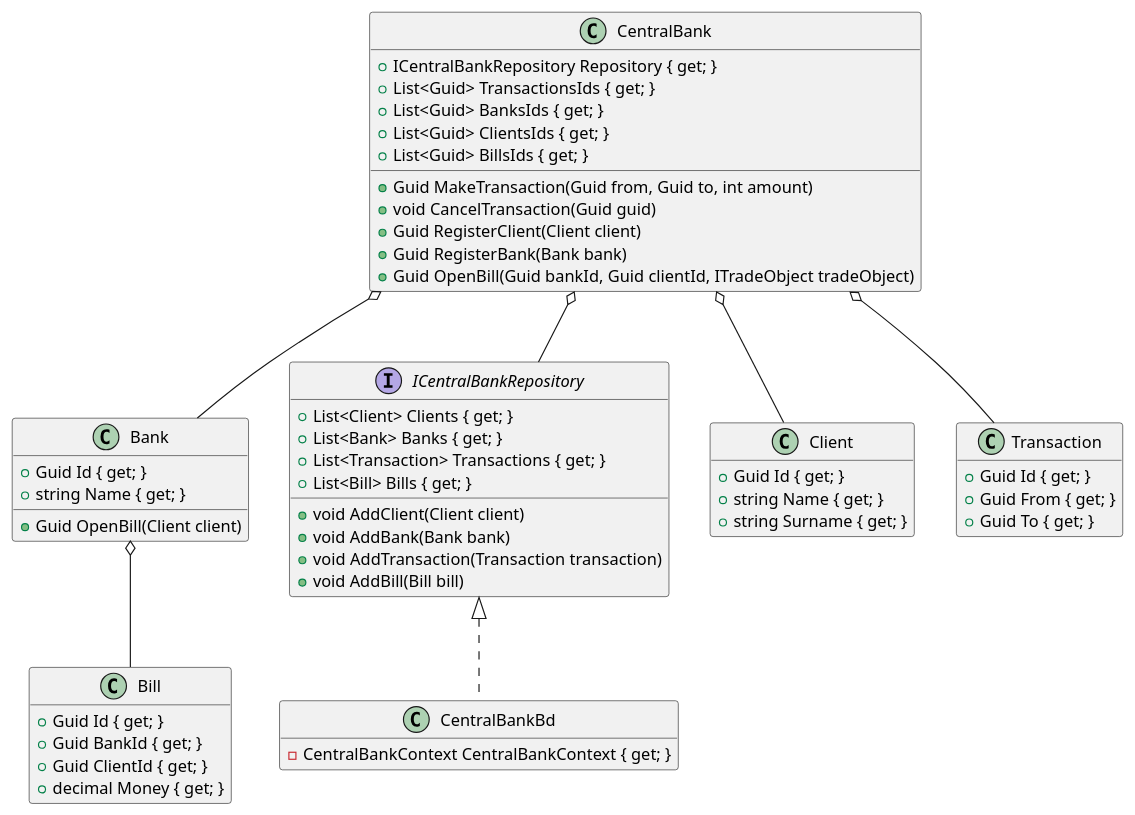
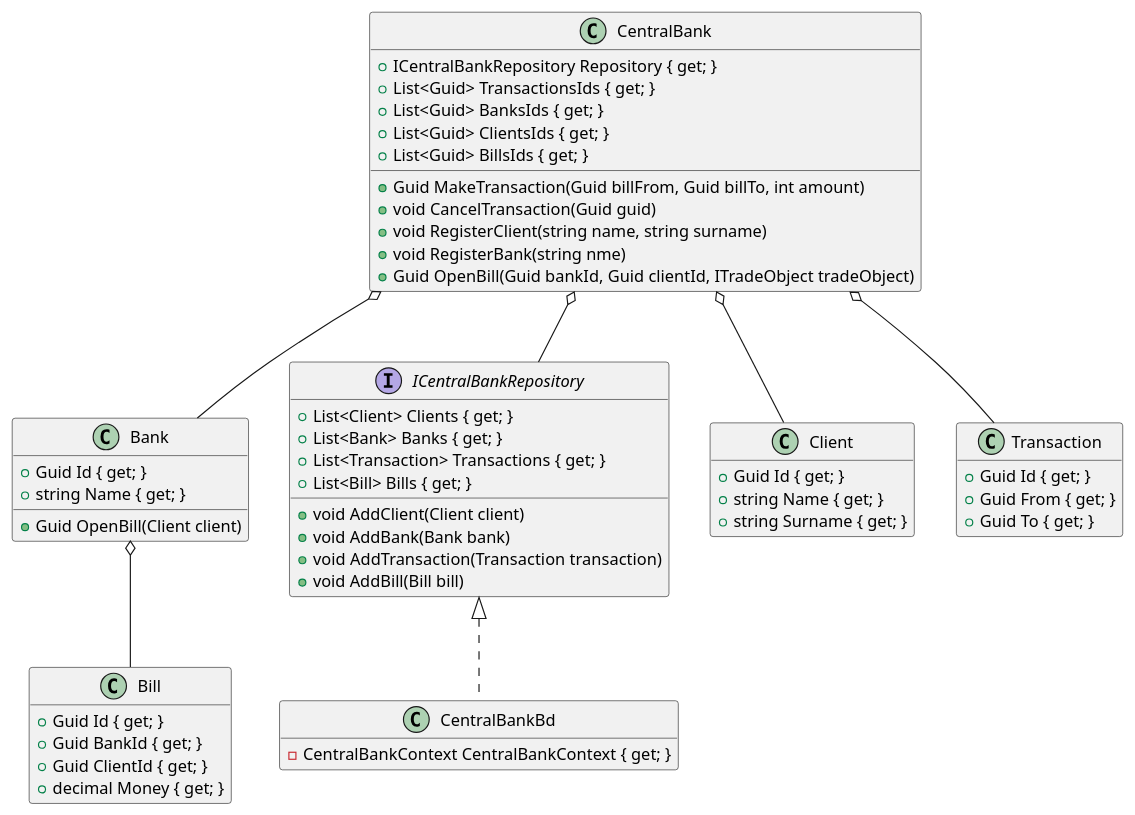
The diagram in Docs/Banks/Classes.puml (Ar4eR-ValerA/OOP.IIIsem), drawn with PlantUML before and after one commit. The commit also changed 7 other files, not shown here.

```diff
--- a/Docs/Banks/Classes.puml
+++ b/Docs/Banks/Classes.puml
@@ -1,69 +1,69 @@
 @startuml
 
 hide empty members
 
 class CentralBank {
     + ICentralBankRepository Repository { get; }
     + List<Guid> TransactionsIds { get; }
     + List<Guid> BanksIds { get; }
     + List<Guid> ClientsIds { get; }
     + List<Guid> BillsIds { get; }
 
-    + Guid MakeTransaction(Guid from, Guid to, int amount)
+    + Guid MakeTransaction(Guid billFrom, Guid billTo, int amount)
     + void CancelTransaction(Guid guid)
-    + Guid RegisterClient(Client client)
-    + Guid RegisterBank(Bank bank)
+    + void RegisterClient(string name, string surname)
+    + void RegisterBank(string nme)
     + Guid OpenBill(Guid bankId, Guid clientId, ITradeObject tradeObject)
 }
 
 class Bank {
     + Guid Id { get; }
     + string Name { get; }
     + Guid OpenBill(Client client)
 }
 
 class Bill {
     + Guid Id { get; }
     + Guid BankId { get; }
     + Guid ClientId { get; }
     + decimal Money { get; }
 }
 
 interface ICentralBankRepository {
     + List<Client> Clients { get; }
     + List<Bank> Banks { get; }
     + List<Transaction> Transactions { get; }
     + List<Bill> Bills { get; }
 
     + void AddClient(Client client)
     + void AddBank(Bank bank)
     + void AddTransaction(Transaction transaction)
     + void AddBill(Bill bill)
 }
 
 class CentralBankBd implements ICentralBankRepository {
     - CentralBankContext CentralBankContext { get; }
 }
 
 class Client {
     + Guid Id { get; }
     + string Name { get; }
     + string Surname { get; }
 }
 
 class Transaction {
     + Guid Id { get; }
     + Guid From { get; }
     + Guid To { get; }
 }
 
 CentralBank o-- Bank
 Bank o-- Bill
 
 CentralBank o-- Client
 
 CentralBank o-- Transaction
 
 CentralBank o-- ICentralBankRepository
 
 @enduml
```
